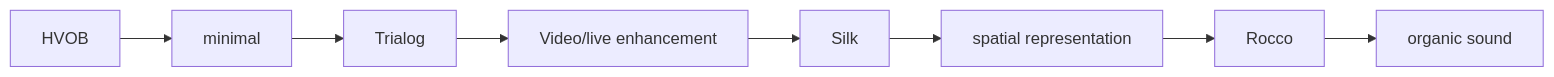
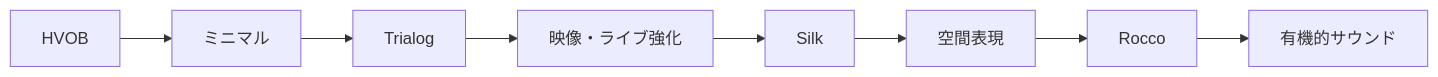
One commit to monumental-movement/monumental-movement.github.io changed the tenth of 12 diagrams in en/_posts/2026-07-19-column-hvob.md. Above: the diagram before and after it, drawn with Mermaid. The commit also changed other lines of this file and 2196 other files, not shown here.

```diff
--- a/en/_posts/2026-07-19-column-hvob.md
+++ b/en/_posts/2026-07-19-column-hvob.md
@@ -676,18 +676,18 @@
 <div class="mermaid">
 graph LR
 
 A[HVOB]
-A --> B[minimal]
+A --> B[ミニマル]
 
 B --> C[Trialog]
 
-C --> D[Video/live enhancement]
+C --> D[映像・ライブ強化]
 
 D --> E[Silk]
 
-E --> F[spatial representation]
+E --> F[空間表現]
 
 F --> G[Rocco]
 
-G --> H[organic sound]
+G --> H[有機的サウンド]
 </div>
```
